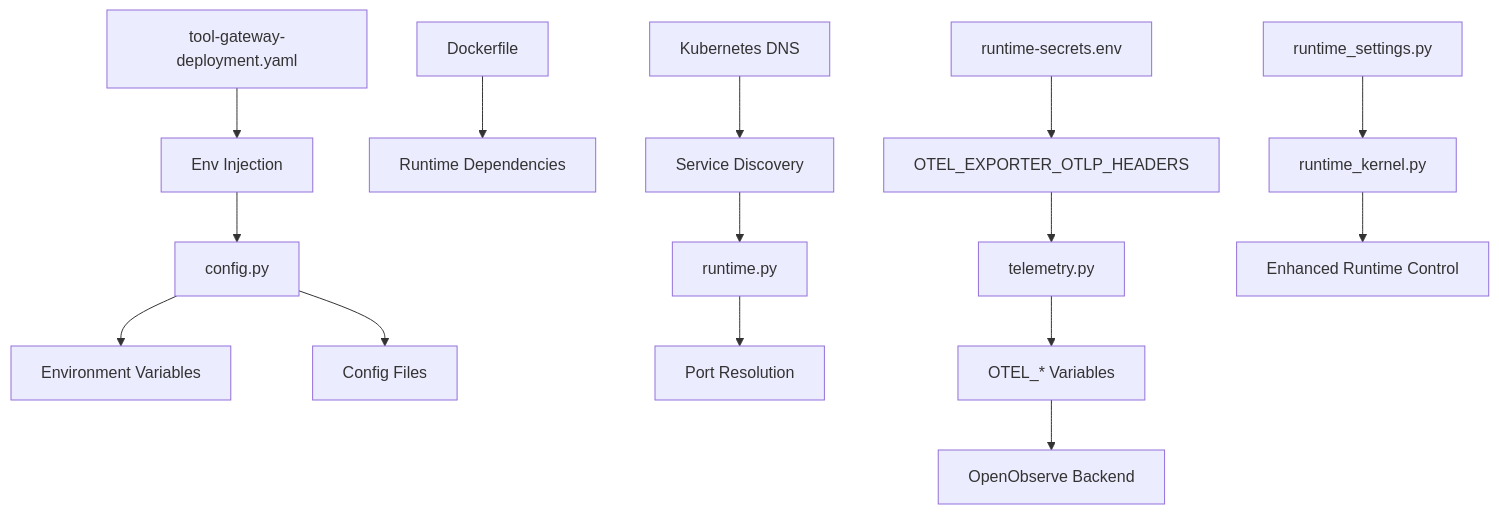
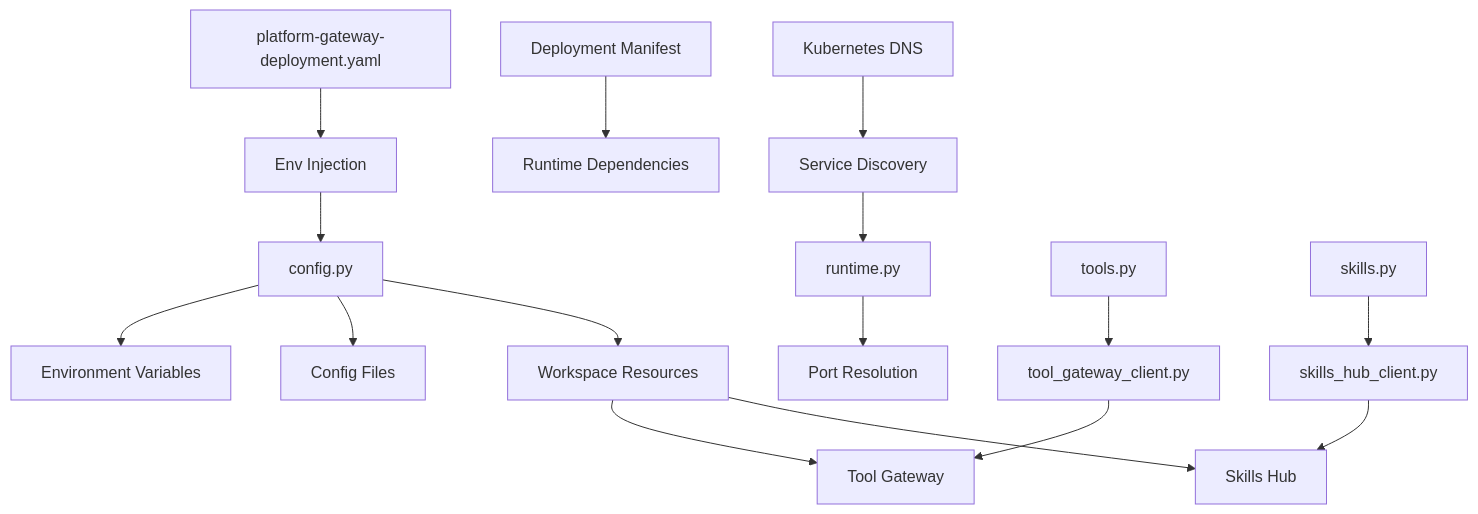
The seventh of 7 diagrams in .qoder/repowiki/en/content/Tool Gateway Service/Configuration and Environment Setup.md (metasync/luban-aiops), drawn with Mermaid before and after one commit. The commit also changed other lines of this file and 26 other files, not shown here.

````diff
--- a/.qoder/repowiki/en/content/Tool Gateway Service/Configuration and Environment Setup.md
+++ b/.qoder/repowiki/en/content/Tool Gateway Service/Configuration and Environment Setup.md
@@ -459,17 +347,18 @@
 ```mermaid
 graph TB
 CFG["config.py"] --> ENV["Environment Variables"]
 CFG --> FILE["Config Files"]
 RT["runtime.py"] --> PORT["Port Resolution"]
 DNS["Kubernetes DNS"] --> SVC["Service Discovery"]
-DOCKER["Dockerfile"] --> RUNTIME["Runtime Dependencies"]
-K8S["tool-gateway-deployment.yaml"] --> INJECT["Env Injection"]
+DOCKER["Deployment Manifest"] --> RUNTIME["Runtime Dependencies"]
+K8S["platform-gateway-deployment.yaml"] --> INJECT["Env Injection"]
 INJECT --> CFG
 SVC --> RT
-OTel["telemetry.py"] --> OTEL_ENV["OTEL_* Variables"]
-OTEL_ENV --> Backend["OpenObserve Backend"]
-Secrets["runtime-secrets.env"] --> AuthHeaders["OTEL_EXPORTER_OTLP_HEADERS"]
-AuthHeaders --> OTel
-AgentSettings["runtime_settings.py"] --> AgentKernel["runtime_kernel.py"]
-AgentKernel --> EnhancedRuntime["Enhanced Runtime Control"]
+WS["Workspace Resources"] --> TOOLS["Tool Gateway"]
+WS --> SKILLS["Skills Hub"]
+CFG --> WS
+Tools["tools.py"] --> ToolsClient["tool_gateway_client.py"]
+Skills["skills.py"] --> SkillsClient["skills_hub_client.py"]
+ToolsClient --> TOOLS
+SkillsClient --> SKILLS
 ```
````
